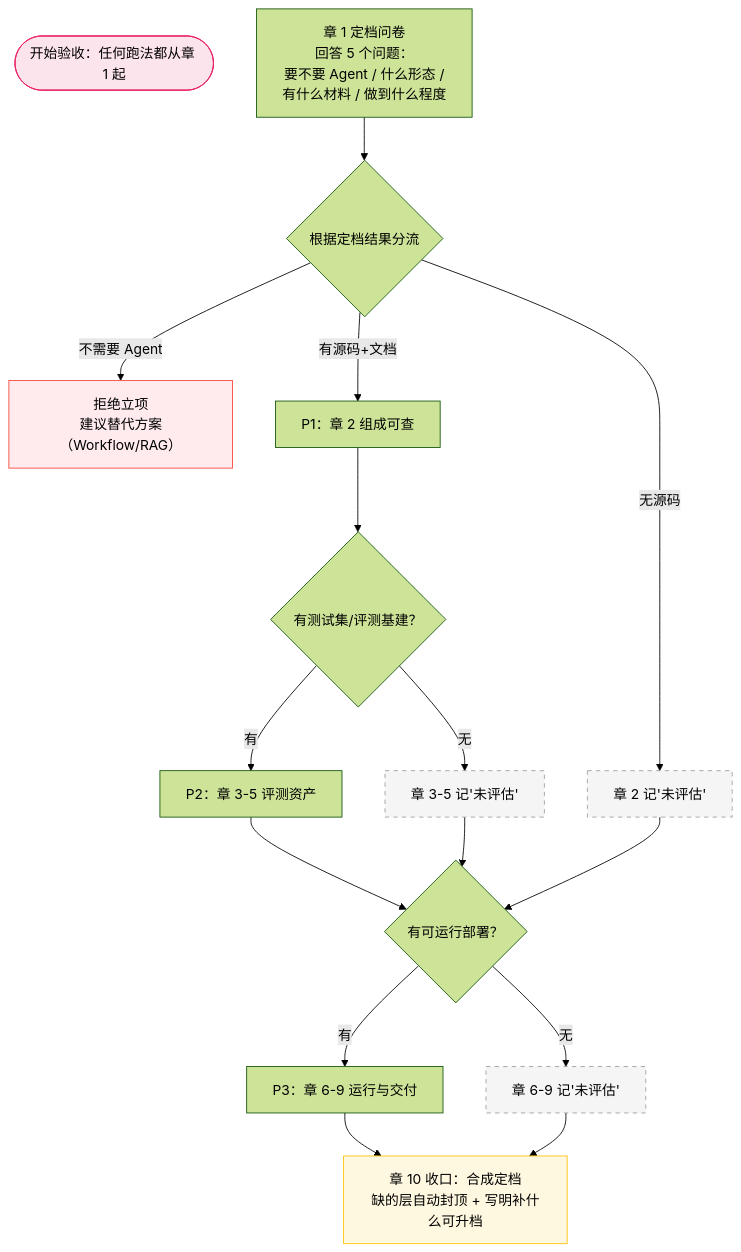
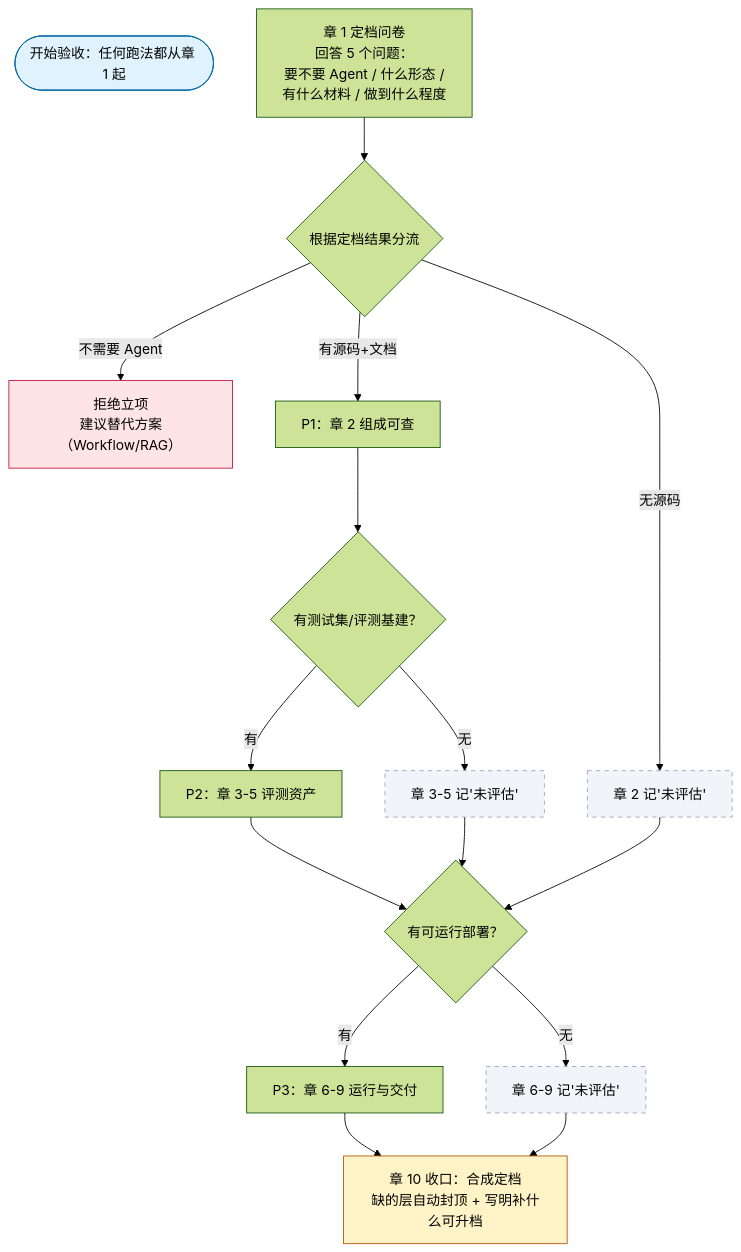
One commit to LPK3215/agent-acceptance changed the second of 6 diagrams in docs/01-项目结构与流程图.md. Above: the diagram before and after it, drawn with Mermaid (forest theme). The commit also changed other lines of this file and 10 other files, not shown here.

````diff
--- a/docs/01-项目结构与流程图.md
+++ b/docs/01-项目结构与流程图.md
@@ -32,34 +32,34 @@
 ```mermaid
 flowchart TD
     START(["开始验收：任何跑法都从章 1 起"]) 
     CH1["章 1 定档问卷<br/>回答 5 个问题：<br/>要不要 Agent / 什么形态 /<br/>有什么材料 / 做到什么程度"]
     DECIDE{"根据定档结果分流"}
 
     CH1 --> DECIDE
 
     DECIDE -->|"不需要 Agent"| REJECT["拒绝立项<br/>建议替代方案（Workflow/RAG）"]
 
     DECIDE -->|"有源码+文档"| P1["P1：章 2 组成可查"]
     DECIDE -->|"无源码"| SKIP1["章 2 记'未评估'"]
 
     P1 --> DECIDE2{"有测试集/评测基建？"}
     DECIDE2 -->|"有"| P2["P2：章 3-5 评测资产"]
     DECIDE2 -->|"无"| SKIP2["章 3-5 记'未评估'"]
 
     P2 --> DECIDE3{"有可运行部署？"}
     DECIDE3 -->|"有"| P3["P3：章 6-9 运行与交付"]
     DECIDE3 -->|"无"| SKIP3["章 6-9 记'未评估'"]
 
     SKIP1 --> DECIDE3
     SKIP2 --> DECIDE3
 
     P3 --> FINAL["章 10 收口：合成定档<br/>缺的层自动封顶 + 写明补什么可升档"]
     SKIP3 --> FINAL
 
-    style START fill:#fce4ec,stroke:#E91E63
-    style REJECT fill:#ffebee,stroke:#F44336
-    style FINAL fill:#fff8e1,stroke:#FFC107
-    style SKIP1 fill:#f5f5f5,stroke:#9E9E9E,stroke-dasharray: 5 5
-    style SKIP2 fill:#f5f5f5,stroke:#9E9E9E,stroke-dasharray: 5 5
-    style SKIP3 fill:#f5f5f5,stroke:#9E9E9E,stroke-dasharray: 5 5
+    style START fill:#e0f2fe,stroke:#0369a1
+    style REJECT fill:#ffe4e6,stroke:#be123c
+    style FINAL fill:#fef3c7,stroke:#b45309
+    style SKIP1 fill:#f1f5f9,stroke:#94a3b8,stroke-dasharray: 5 5
+    style SKIP2 fill:#f1f5f9,stroke:#94a3b8,stroke-dasharray: 5 5
+    style SKIP3 fill:#f1f5f9,stroke:#94a3b8,stroke-dasharray: 5 5
 ```
````
